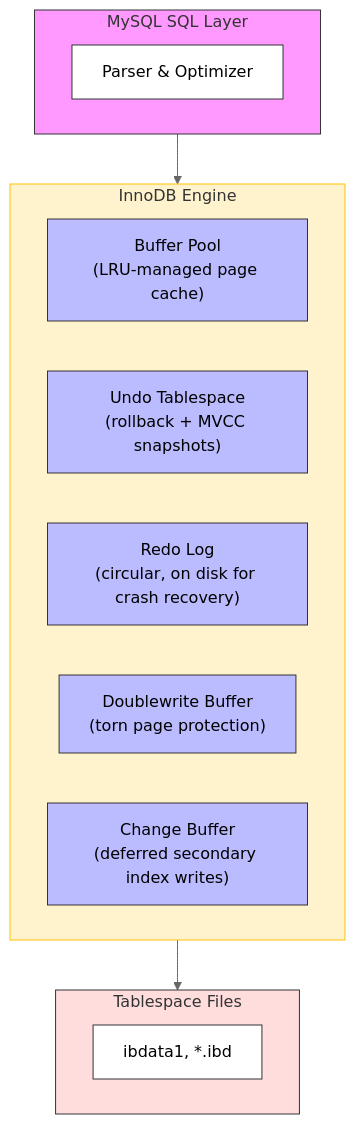
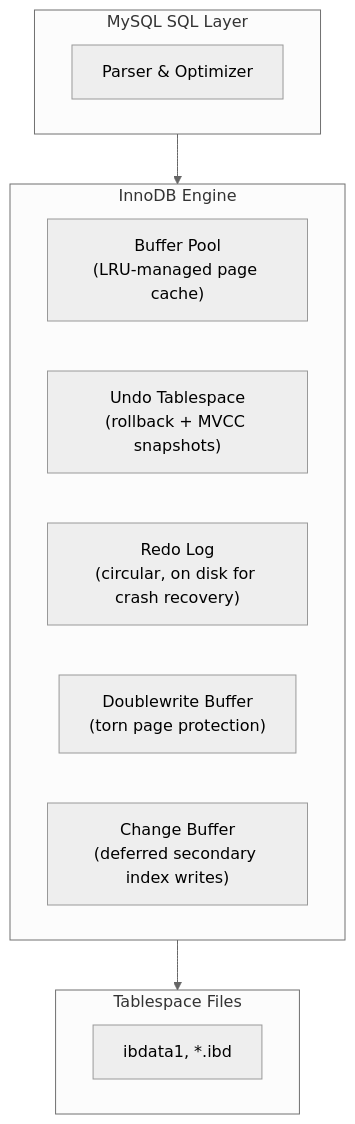
The first of 5 diagrams in System_Design_Docs/mysql-innodb/README.md (KnightKnight27/scaler-Adv-DBMS), drawn with Mermaid (neutral theme) before and after one commit. The commit also changed other lines of this file and 3 other files, not shown here.

Commit message:
chore: change styling for diagrams

````diff
--- a/System_Design_Docs/mysql-innodb/README.md
+++ b/System_Design_Docs/mysql-innodb/README.md
@@ -15,32 +15,21 @@
 ```mermaid
 graph TD
     subgraph SQL [MySQL SQL Layer]
         Parser["Parser & Optimizer"]
     end
 
     subgraph InnoDB [InnoDB Engine]
         BP["Buffer Pool<br>(LRU-managed page cache)"]
         UT["Undo Tablespace<br>(rollback + MVCC snapshots)"]
         RL["Redo Log<br>(circular, on disk for crash recovery)"]
         DW["Doublewrite Buffer<br>(torn page protection)"]
         CB["Change Buffer<br>(deferred secondary index writes)"]
     end
 
     subgraph Storage [Tablespace Files]
         TF["ibdata1, *.ibd"]
     end
 
     SQL --> InnoDB
     InnoDB --> Storage
-
-    style SQL fill:#f9f,stroke:#333,stroke-width:1px
-    style Parser fill:#fff,stroke:#333,stroke-width:1px
-    style InnoDB fill:#fff3cd,stroke:#ffc107,stroke-width:1px
-    style BP fill:#bbf,stroke:#333,stroke-width:1px
-    style UT fill:#bbf,stroke:#333,stroke-width:1px
-    style RL fill:#bbf,stroke:#333,stroke-width:1px
-    style DW fill:#bbf,stroke:#333,stroke-width:1px
-    style CB fill:#bbf,stroke:#333,stroke-width:1px
-    style Storage fill:#fdd,stroke:#333,stroke-width:1px
-    style TF fill:#fff,stroke:#333,stroke-width:1px
 ```
````
